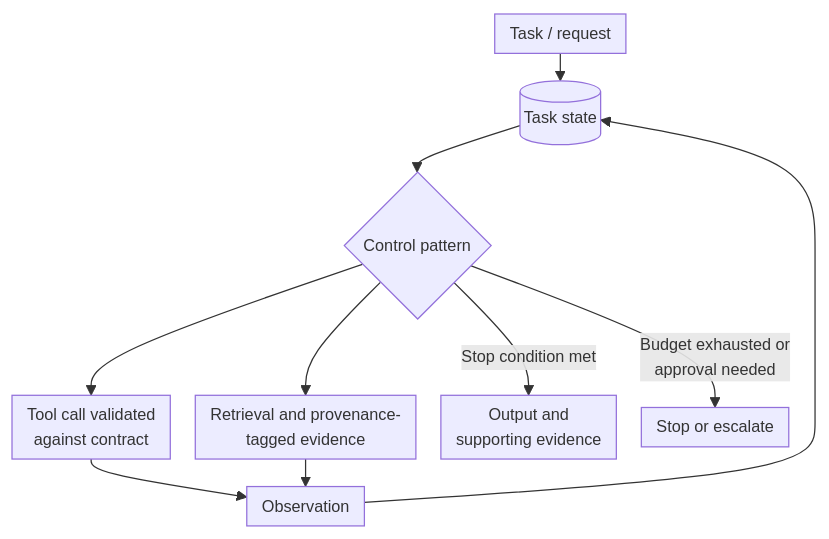
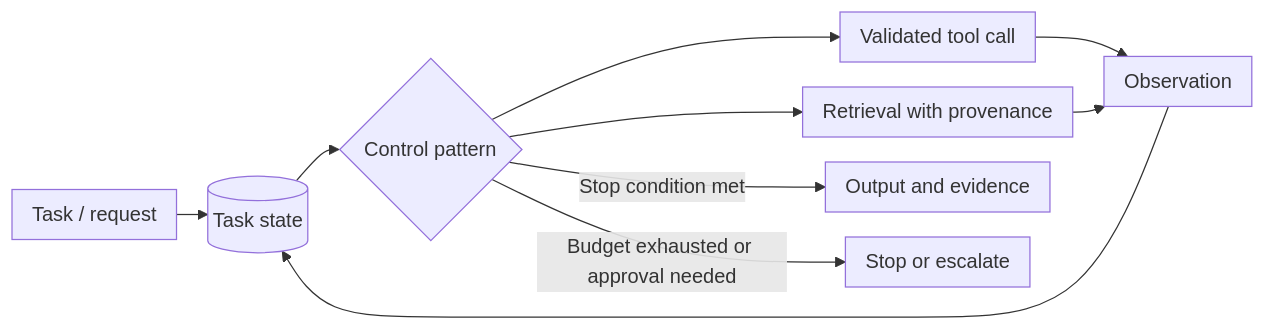
Before and after one commit to raoulbia-ai/agentic-ai-engineering-framework: the first of 2 diagrams in skill/references/02-build.md, drawn with Mermaid. The commit also changed other lines of this file and 4 other files, not shown here.

Commit message:
Compact flowcharts: left-to-right layout, short labels, tighter spacing

````diff
--- a/skill/references/02-build.md
+++ b/skill/references/02-build.md
@@ -22,13 +22,13 @@
 ```mermaid
-%%{init: {"flowchart": {"nodeSpacing": 20, "rankSpacing": 22, "padding": 6, "wrappingWidth": 260}, "themeVariables": {"fontSize": "13px"}}}%%
-flowchart TD
+%%{init: {"flowchart": {"nodeSpacing": 20, "rankSpacing": 25, "padding": 8}}}%%
+flowchart LR
     Req[Task / request] --> State[(Task state)]
     State --> CP{Control pattern}
-    CP --> Tool[Tool call validated<br/>against contract]
-    CP --> Ret[Retrieval and provenance-<br/>tagged evidence]
+    CP --> Tool[Validated tool call]
+    CP --> Ret[Retrieval with provenance]
     Tool --> Obs[Observation]
     Ret --> Obs
     Obs --> State
-    CP -->|Stop condition met| Out[Output and<br/>supporting evidence]
-    CP -->|Budget exhausted or<br/>approval needed| Hold[Stop or escalate]
+    CP -->|Stop condition met| Out[Output and evidence]
+    CP -->|Budget exhausted or approval needed| Hold[Stop or escalate]
 ```
````
